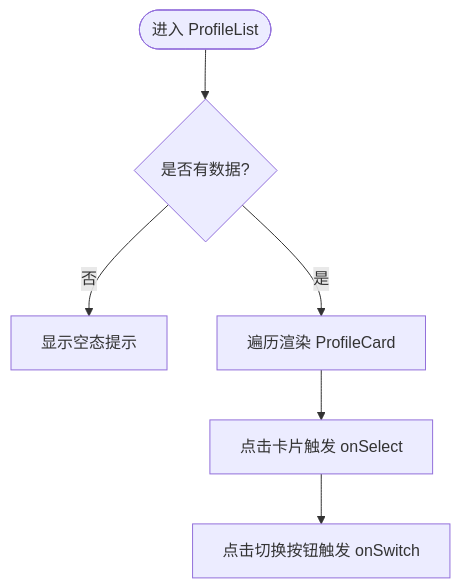
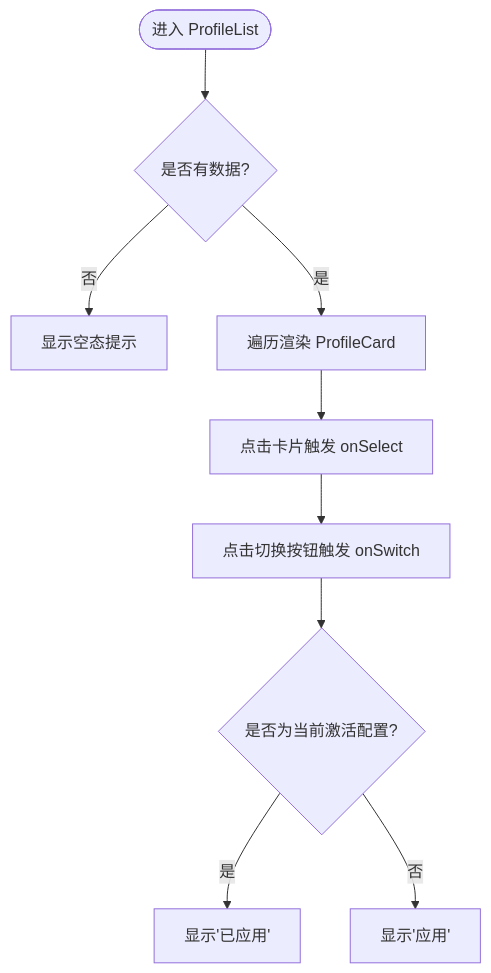
Before and after one commit to xdongliang/IPSwitcher: the fourth of 7 diagrams in .qoder/repowiki/zh/content/前端开发指南/前端开发指南.md, drawn with Mermaid. The commit also changed other lines of this file and 12 other files, not shown here.

````diff
--- a/.qoder/repowiki/zh/content/前端开发指南/前端开发指南.md
+++ b/.qoder/repowiki/zh/content/前端开发指南/前端开发指南.md
@@ -158,8 +156,11 @@
 ```mermaid
 flowchart TD
 Start(["进入 ProfileList"]) --> CheckEmpty{"是否有数据?"}
 CheckEmpty --> |否| Empty["显示空态提示"]
 CheckEmpty --> |是| Render["遍历渲染 ProfileCard"]
 Render --> CardClick["点击卡片触发 onSelect"]
 CardClick --> SwitchBtn["点击切换按钮触发 onSwitch"]
+SwitchBtn --> CheckActive{"是否为当前激活配置?"}
+CheckActive --> |是| ShowApplied["显示'已应用'"]
+CheckActive --> |否| ShowApply["显示'应用'"]
 ```
````
